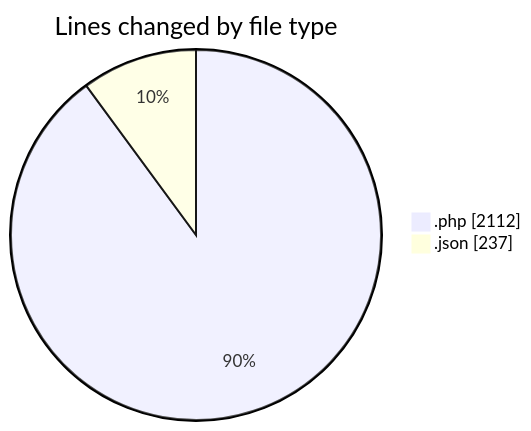
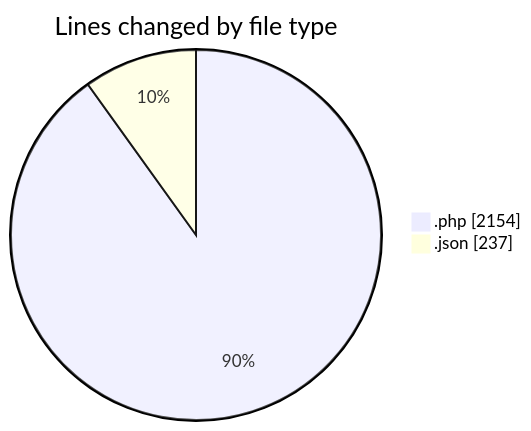
One commit to idhammustaqopulfikri/code-tracking changed the first of 2 diagrams in 2025-06-20/studio-backend/README.md. Above: the diagram before and after it, drawn with Mermaid. The commit also changed other lines of this file and 1 other file, not shown here.

````diff
--- a/2025-06-20/studio-backend/README.md
+++ b/2025-06-20/studio-backend/README.md
@@ -25,6 +26,6 @@
 ```mermaid
 pie showData
 title Lines changed by file type
-".php" : 2112
+".php" : 2154
 ".json" : 237
 ```
````
